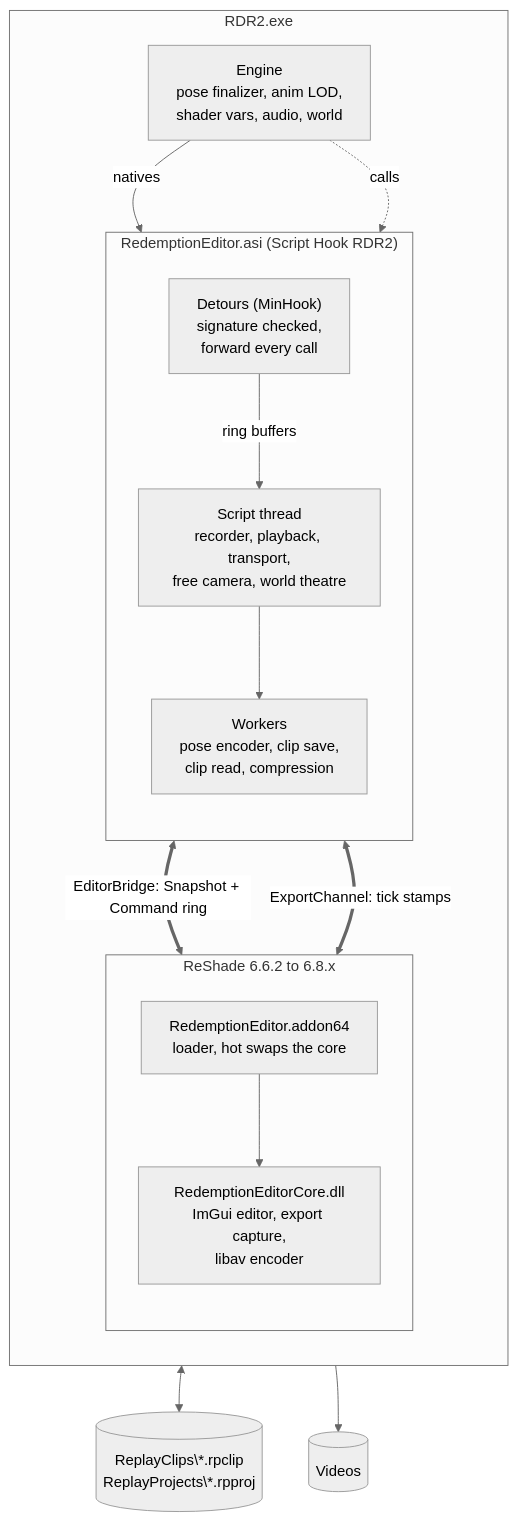
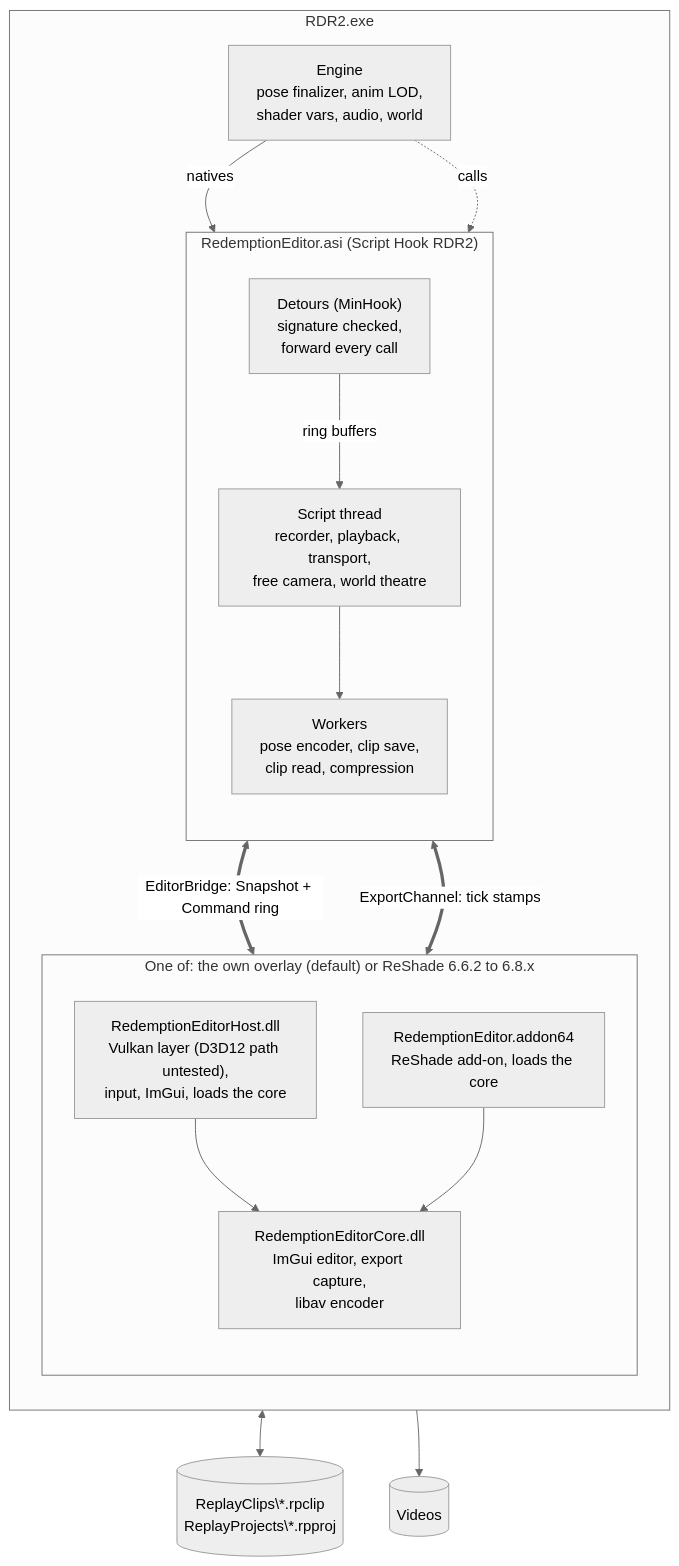
The diagram in README.md (rossignolli/redemption-editor), drawn with Mermaid (neutral theme) before and after one commit. The commit also changed other lines of this file and 509 other files, not shown here.

First line of the commit message:
Redemption Editor 1.1.0

````diff
--- a/README.md
+++ b/README.md
@@ -186,30 +230,32 @@
 ```mermaid
 flowchart TB
   subgraph game["RDR2.exe"]
     direction TB
     engine["Engine<br/>pose finalizer, anim LOD,<br/>shader vars, audio, world"]
     subgraph asi["RedemptionEditor.asi (Script Hook RDR2)"]
       direction TB
       script["Script thread<br/>recorder, playback, transport,<br/>free camera, world theatre"]
       detours["Detours (MinHook)<br/>signature checked,<br/>forward every call"]
       workers["Workers<br/>pose encoder, clip save,<br/>clip read, compression"]
     end
-    subgraph reshade["ReShade 6.6.2 to 6.8.x"]
+    subgraph present["One of: the own overlay (default) or ReShade 6.6.2 to 6.8.x"]
       direction TB
-      loader["RedemptionEditor.addon64<br/>loader, hot swaps the core"]
+      host["RedemptionEditorHost.dll<br/>Vulkan layer (D3D12 path untested),<br/>input, ImGui, loads the core"]
+      loader["RedemptionEditor.addon64<br/>ReShade add-on, loads the core"]
       core["RedemptionEditorCore.dll<br/>ImGui editor, export capture,<br/>libav encoder"]
     end
   end
   disk[("ReplayClips\*.rpclip<br/>ReplayProjects\*.rpproj")]
   video[("Videos")]
 
   engine -- "natives" --> script
   engine -. "calls" .-> detours
   detours -- "ring buffers" --> script
   script --> workers
   workers <--> disk
+  host --> core
   loader --> core
   script <== "EditorBridge: Snapshot + Command ring" ==> core
   script <== "ExportChannel: tick stamps" ==> core
   core --> video
 ```
````
